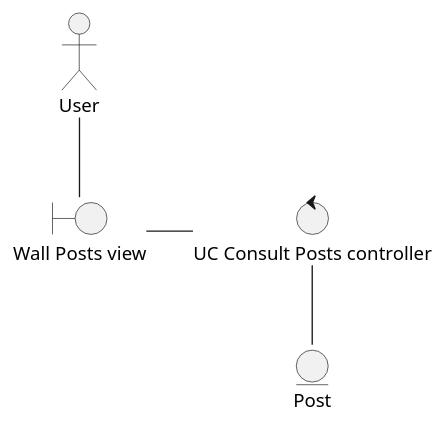
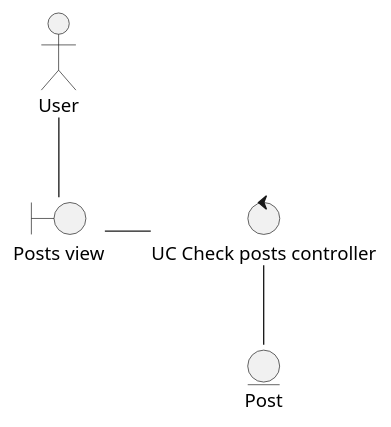
One commit to Dayannis-07/ING_SOFT changed the diagram in docs/scenariosView/analysisClassDiagram/useCase-ConsultarPublicaciones.puml. Above: the diagram before and after it, drawn with PlantUML. The commit also changed 7 other files, not shown here.

```diff
--- a/docs/scenariosView/analysisClassDiagram/useCase-ConsultarPublicaciones.puml
+++ b/docs/scenariosView/analysisClassDiagram/useCase-ConsultarPublicaciones.puml
@@ -1,9 +1,9 @@
 @startuml consultar publicaciones
 actor User
-boundary "Wall Posts view" as view
+boundary "Posts view" as view
 User--view 
-control "UC Consult Posts controller" as controller
+control "UC Check posts controller" as controller
 view-r-controller 
 entity "Post" as P
 controller--P 
 @enduml
```
